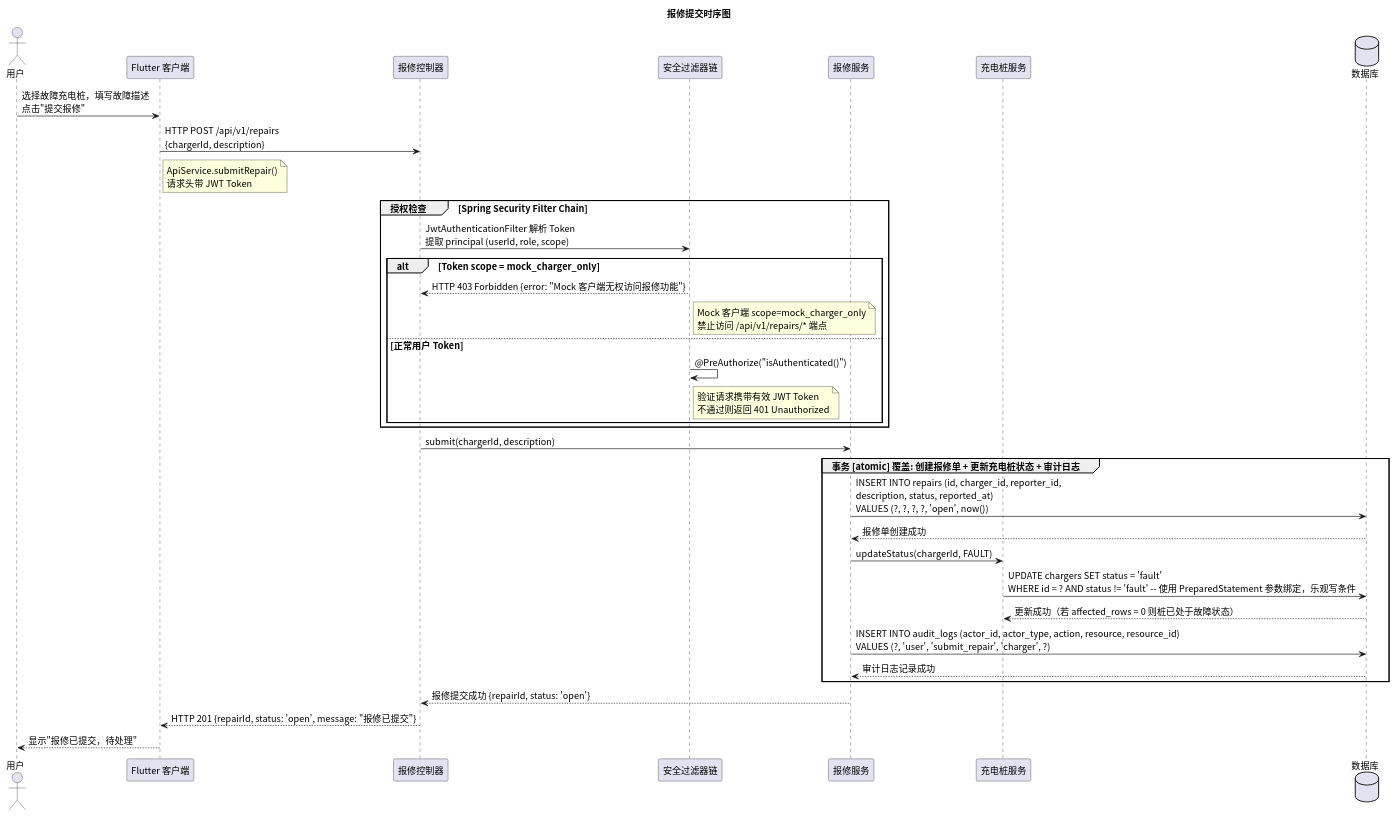
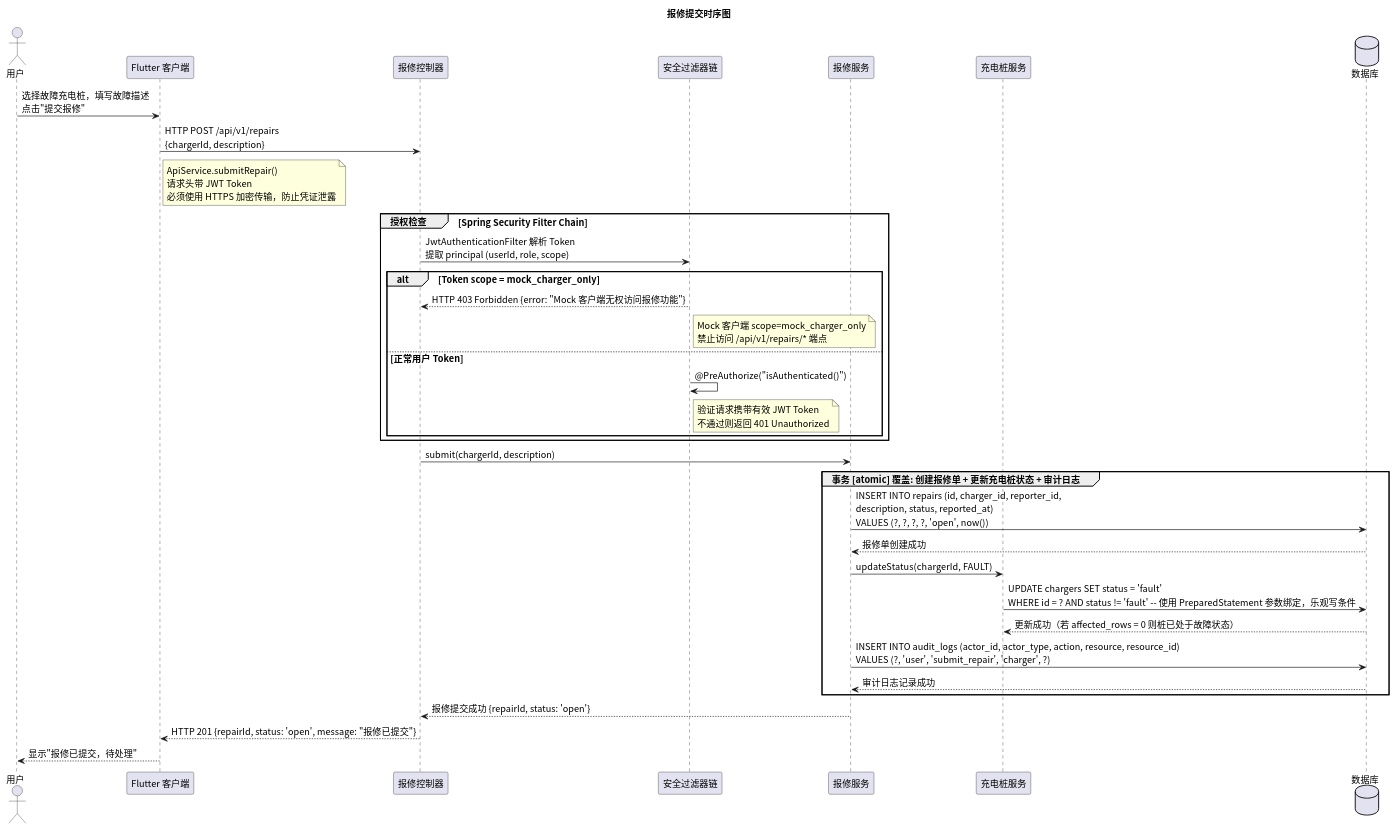
Before and after one commit to greenhandzdl/charging-station-doc: the diagram in time/src/sequence_repair_submit.puml, drawn with PlantUML. The commit also changed 17 other files, not shown here.

First line of the commit message:
fix: 第6轮评估修复 — 跨图一致性全面补全（4 CRITICAL + 4 MAJOR + MINOR）

```diff
--- a/time/src/sequence_repair_submit.puml
+++ b/time/src/sequence_repair_submit.puml
@@ -1,48 +1,48 @@
 @startuml
 skinparam defaultFontName "Noto Sans CJK SC"
 skinparam defaultFontSize 14
 title 报修提交时序图
 
 ' 所有 SQL 操作使用 PreparedStatement 参数绑定，禁止字符串拼接
 actor 用户 as U
 participant "Flutter 客户端" as FE
 participant "报修控制器" as Ctrl
 participant "安全过滤器链" as Security
 participant "报修服务" as RS
 participant "充电桩服务" as CS
 database 数据库 as DB
 
 U -> FE: 选择故障充电桩，填写故障描述\n点击"提交报修"
 FE -> Ctrl: HTTP POST /api/v1/repairs\n{chargerId, description}
-note right FE : ApiService.submitRepair()\n请求头带 JWT Token
+note right FE : ApiService.submitRepair()\n请求头带 JWT Token\n必须使用 HTTPS 加密传输，防止凭证泄露
 
 group 授权检查 [Spring Security Filter Chain]
   Ctrl -> Security: JwtAuthenticationFilter 解析 Token\n提取 principal (userId, role, scope)
 
   alt Token scope = mock_charger_only
     Security --> Ctrl: HTTP 403 Forbidden {error: "Mock 客户端无权访问报修功能"}
     note right Security : Mock 客户端 scope=mock_charger_only\n禁止访问 /api/v1/repairs/* 端点
   else 正常用户 Token
     Security -> Security: @PreAuthorize("isAuthenticated()")
     note right Security : 验证请求携带有效 JWT Token\n不通过则返回 401 Unauthorized
   end
 end
 
 Ctrl -> RS: submit(chargerId, description)
 
 group 事务 [atomic] 覆盖: 创建报修单 + 更新充电桩状态 + 审计日志
   RS -> DB: INSERT INTO repairs (id, charger_id, reporter_id,\ndescription, status, reported_at)\nVALUES (?, ?, ?, ?, 'open', now())
   DB --> RS: 报修单创建成功
 
   RS -> CS: updateStatus(chargerId, FAULT)
   CS -> DB: UPDATE chargers SET status = 'fault'\nWHERE id = ? AND status != 'fault' -- 使用 PreparedStatement 参数绑定，乐观写条件
   DB --> CS: 更新成功（若 affected_rows = 0 则桩已处于故障状态）
 
   RS -> DB: INSERT INTO audit_logs (actor_id, actor_type, action, resource, resource_id)\nVALUES (?, 'user', 'submit_repair', 'charger', ?)
   DB --> RS: 审计日志记录成功
 end
 
 RS --> Ctrl: 报修提交成功 {repairId, status: 'open'}
 Ctrl --> FE: HTTP 201 {repairId, status: 'open', message: "报修已提交"}
 FE --> U: 显示"报修已提交，待处理"
 @enduml
```
